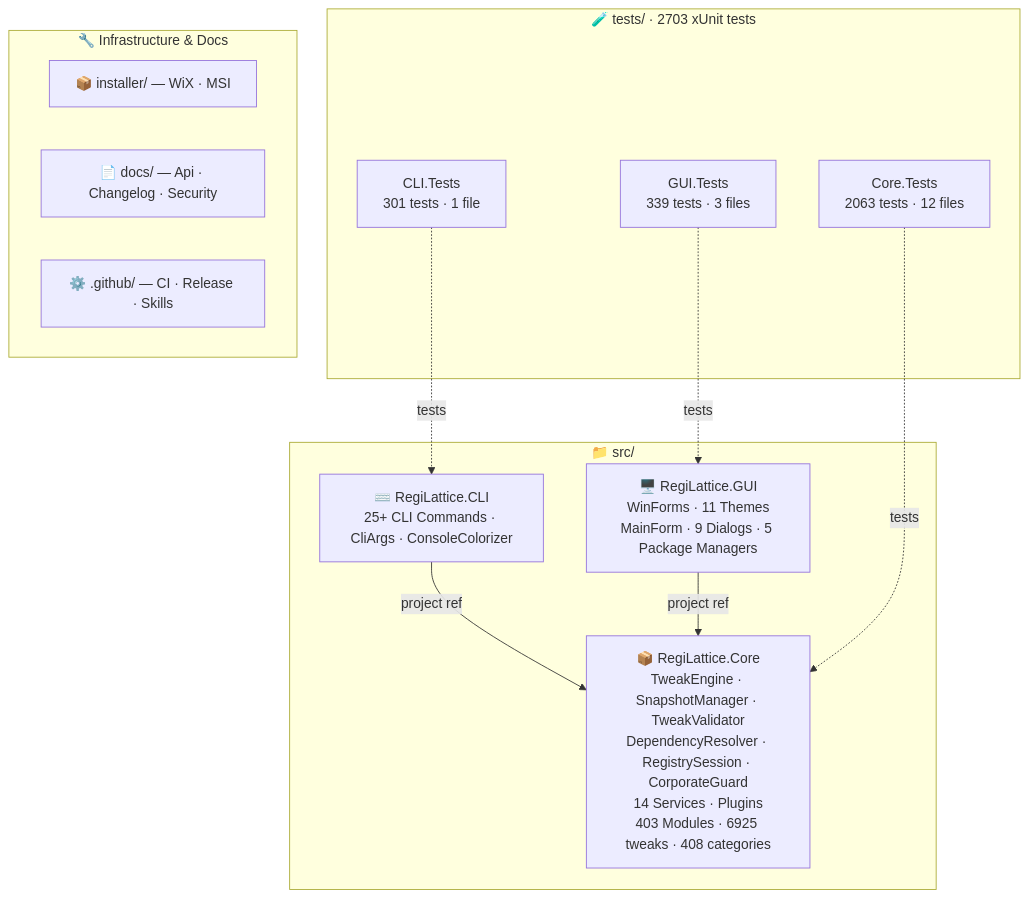
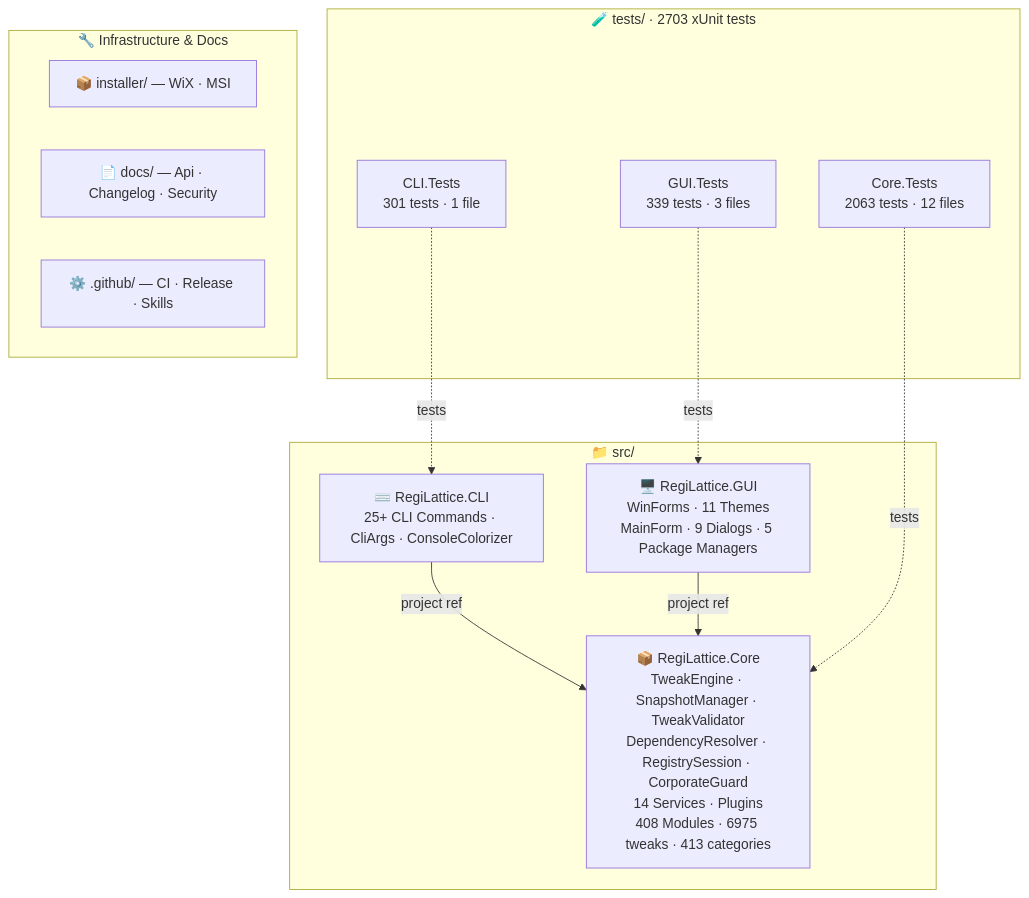
Before and after one commit to RajwanYair/RegiLattice: the second of 2 diagrams in README.md, drawn with Mermaid. The commit also changed other lines of this file and 12 other files, not shown here.

````diff
--- a/README.md
+++ b/README.md
@@ -253,26 +253,26 @@
 ```mermaid
 graph TD
     subgraph SRC["📁 src/"]
-        CORE["📦 RegiLattice.Core<br/>TweakEngine · SnapshotManager · TweakValidator<br/>DependencyResolver · RegistrySession · CorporateGuard<br/>14 Services · Plugins<br/>403 Modules · 6925 tweaks · 408 categories"]
+        CORE["📦 RegiLattice.Core<br/>TweakEngine · SnapshotManager · TweakValidator<br/>DependencyResolver · RegistrySession · CorporateGuard<br/>14 Services · Plugins<br/>408 Modules · 6975 tweaks · 413 categories"]
         GUI["🖥️ RegiLattice.GUI<br/>WinForms · 11 Themes<br/>MainForm · 9 Dialogs · 5 Package Managers"]
         CLI["⌨️ RegiLattice.CLI<br/>25+ CLI Commands · CliArgs · ConsoleColorizer"]
     end
 
     subgraph TST["🧪 tests/  ·  2703 xUnit tests"]
         CT["Core.Tests<br/>2063 tests · 12 files"]
         CLT["CLI.Tests<br/>301 tests · 1 file"]
         GT["GUI.Tests<br/>339 tests · 3 files"]
     end
 
     subgraph INFRA["🔧 Infrastructure & Docs"]
         INST["📦 installer/ — WiX · MSI"]
         DOCS["📄 docs/ — Api · Changelog · Security"]
         GH["⚙️ .github/ — CI · Release · Skills"]
     end
 
     CLI -->|project ref| CORE
     GUI -->|project ref| CORE
     CT -.->|tests| CORE
     CLT -.->|tests| CLI
     GT -.->|tests| GUI
 ```
````
